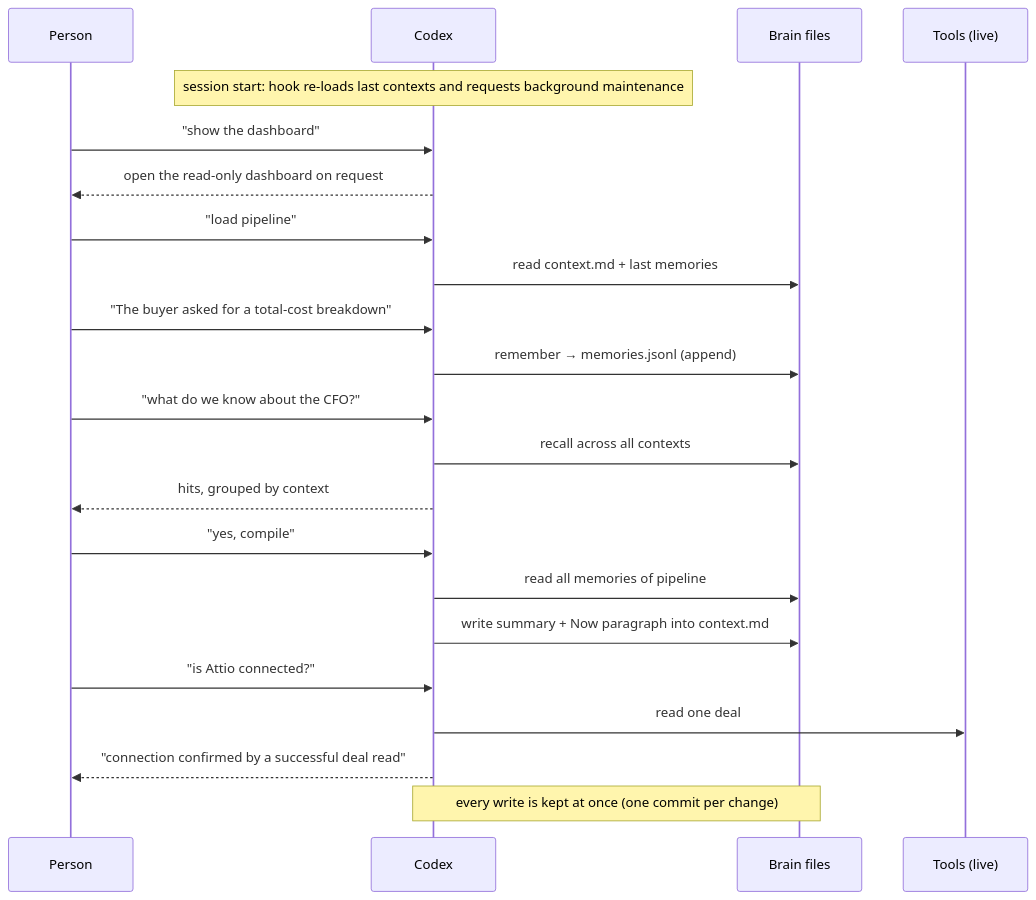
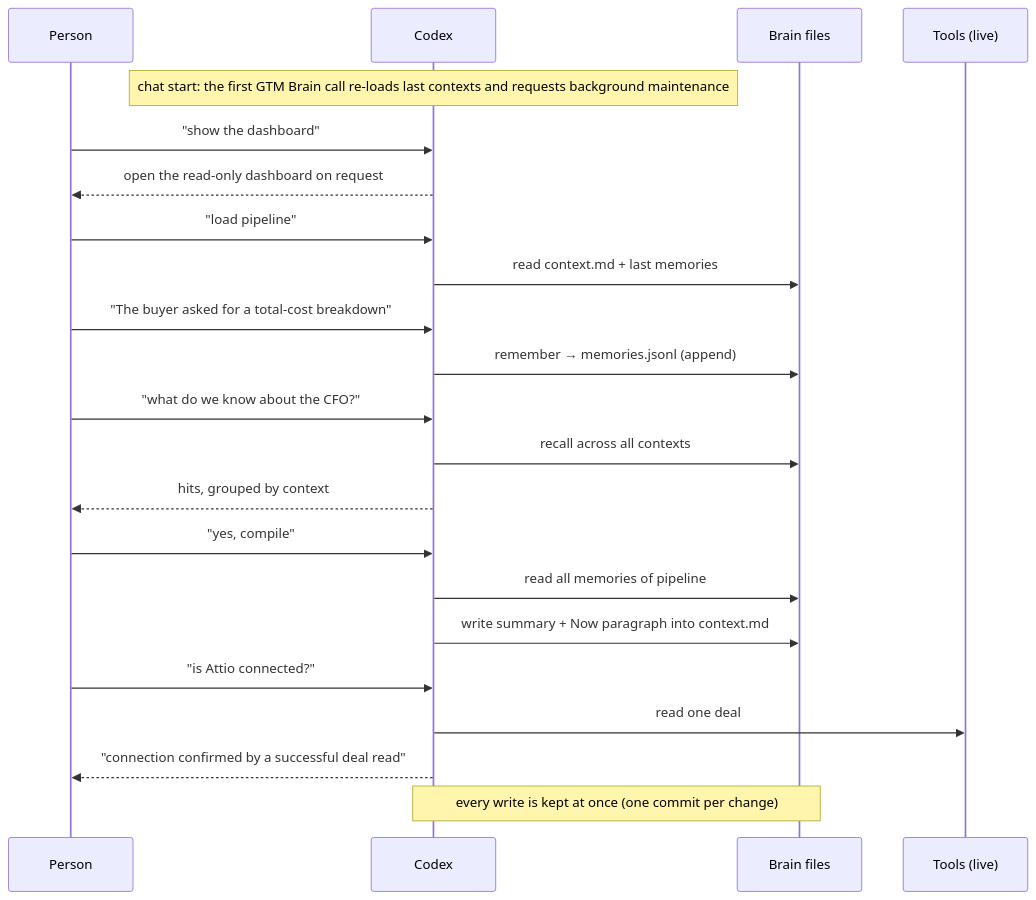
The second of 2 diagrams in CONTRIBUTING.md (gtm-week/gtm-brain), drawn with Mermaid before and after one commit. The commit also changed other lines of this file and 96 other files, not shown here.

First line of the commit message:
GTM Brain 0.33.9: no hooks, so Codex never asks to review them after an update

````diff
--- a/CONTRIBUTING.md
+++ b/CONTRIBUTING.md
@@ -59,25 +59,25 @@
 ```mermaid
 sequenceDiagram
   participant P as Person
   participant C as Codex
   participant B as Brain files
   participant T as Tools (live)
 
-  Note over C: session start: hook re-loads last contexts and requests background maintenance
+  Note over C: chat start: the first GTM Brain call re-loads last contexts and requests background maintenance
   P->>C: "show the dashboard"
   C-->>P: open the read-only dashboard on request
   P->>C: "load pipeline"
   C->>B: read context.md + last memories
   P->>C: "The buyer asked for a total-cost breakdown"
   C->>B: remember → memories.jsonl (append)
   P->>C: "what do we know about the CFO?"
   C->>B: recall across all contexts
   C-->>P: hits, grouped by context
   P->>C: "yes, compile"
   C->>B: read all memories of pipeline
   C->>B: write summary + Now paragraph into context.md
   P->>C: "is Attio connected?"
   C->>T: read one deal
   C-->>P: "connection confirmed by a successful deal read"
   Note over C,B: every write is kept at once (one commit per change)
 ```
````
